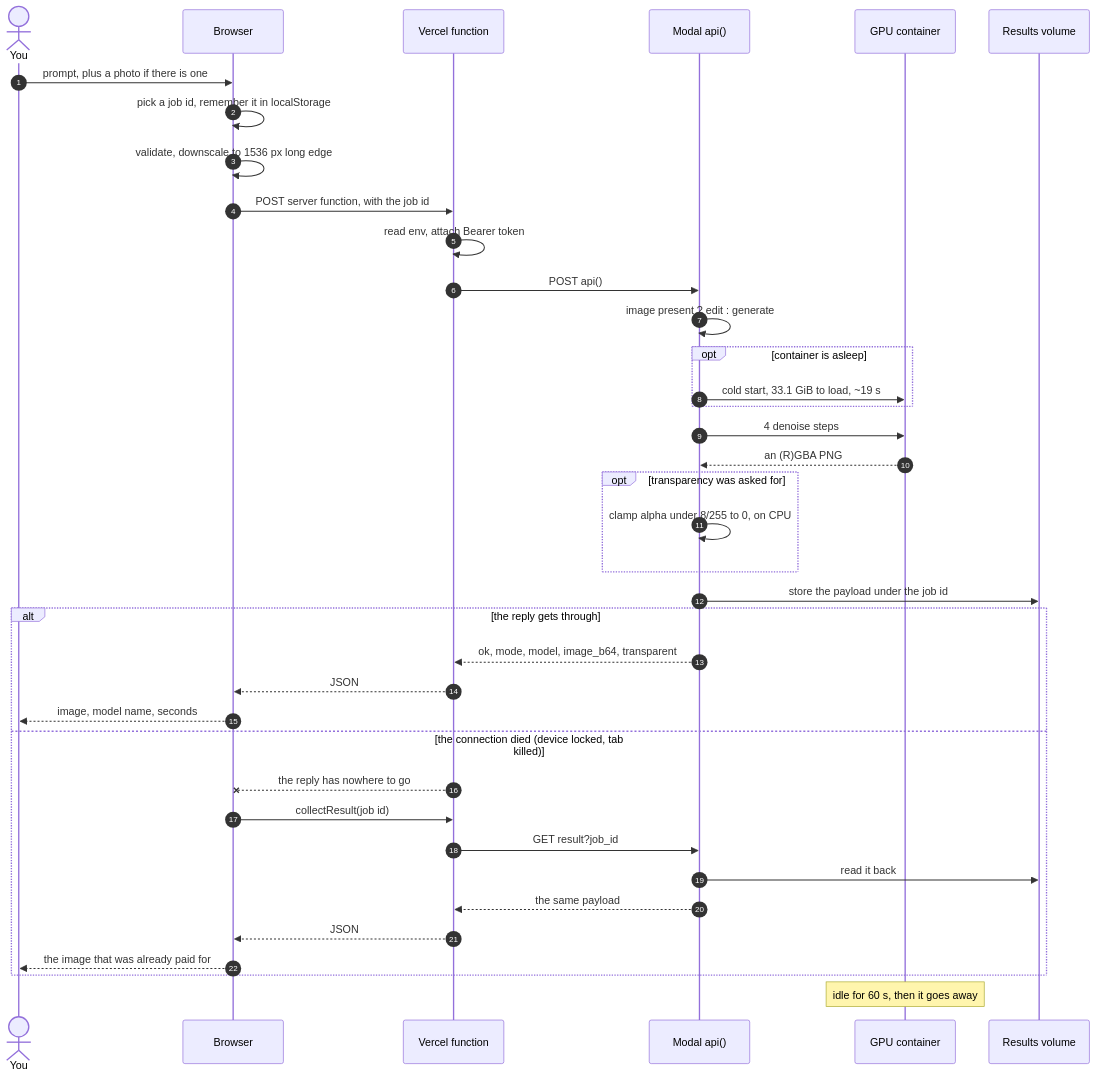
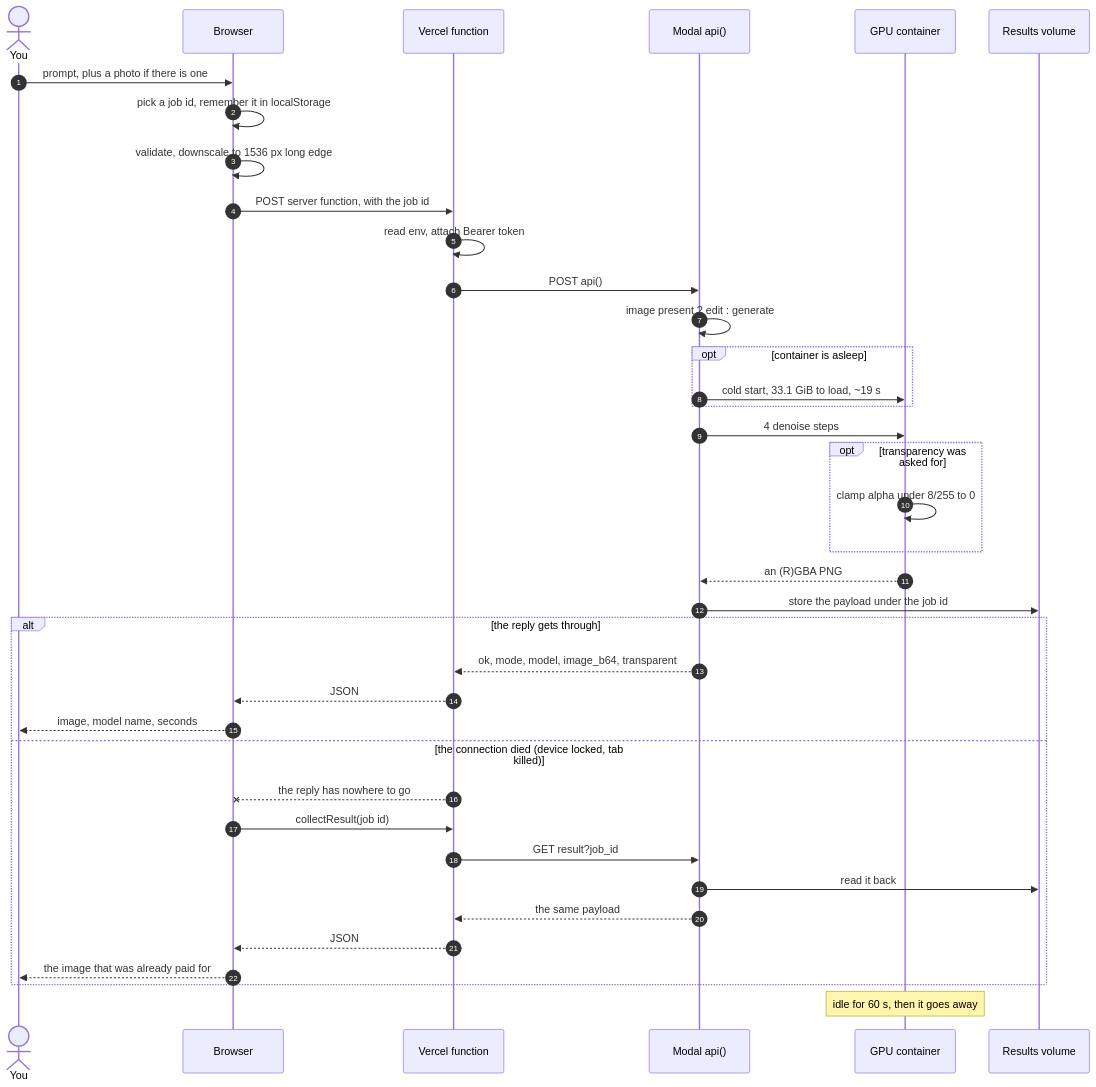
The second of 2 diagrams in README.md (kusalkalinga00/latent-image-generator), drawn with Mermaid before and after one commit. The commit also changed other lines of this file and 2 other files, not shown here.

````diff
--- a/README.md
+++ b/README.md
@@ -200,41 +201,41 @@
 ```mermaid
 sequenceDiagram
   autonumber
   actor U as You
   participant B as Browser
   participant F as Vercel function
   participant A as Modal api()
   participant G as GPU container
   participant R as Results volume
 
   U->>B: prompt, plus a photo if there is one
   B->>B: pick a job id, remember it in localStorage
   B->>B: validate, downscale to 1536 px long edge
   B->>F: POST server function, with the job id
   F->>F: read env, attach Bearer token
   F->>A: POST api()
   A->>A: image present ? edit : generate
   opt container is asleep
     A->>G: cold start, 33.1 GiB to load, ~19 s
   end
   A->>G: 4 denoise steps
+  opt transparency was asked for
+    G->>G: clamp alpha under 8/255 to 0
+  end
   G-->>A: an (R)GBA PNG
-  opt transparency was asked for
-    A->>A: clamp alpha under 8/255 to 0, on CPU
-  end
   A->>R: store the payload under the job id
   alt the reply gets through
     A-->>F: ok, mode, model, image_b64, transparent
     F-->>B: JSON
     B-->>U: image, model name, seconds
   else the connection died (device locked, tab killed)
     F--xB: the reply has nowhere to go
     B->>F: collectResult(job id)
     F->>A: GET result?job_id
     A->>R: read it back
     A-->>F: the same payload
     F-->>B: JSON
     B-->>U: the image that was already paid for
   end
   Note over G: idle for 60 s, then it goes away
 ```
````
